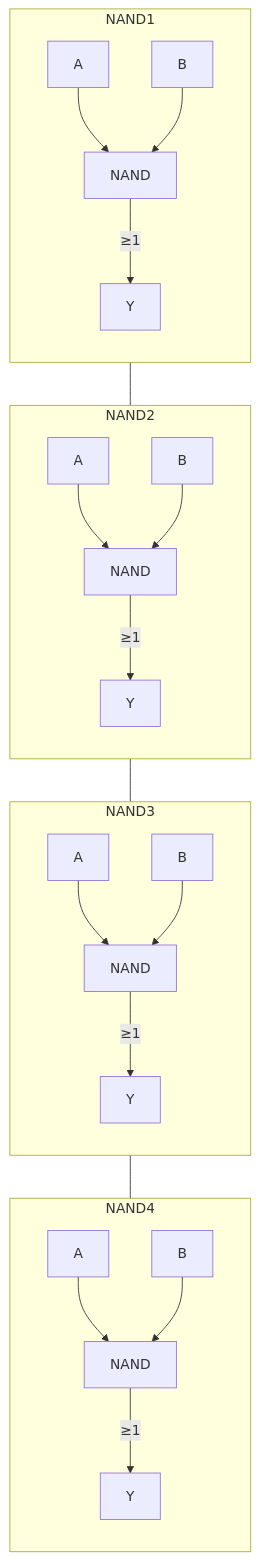
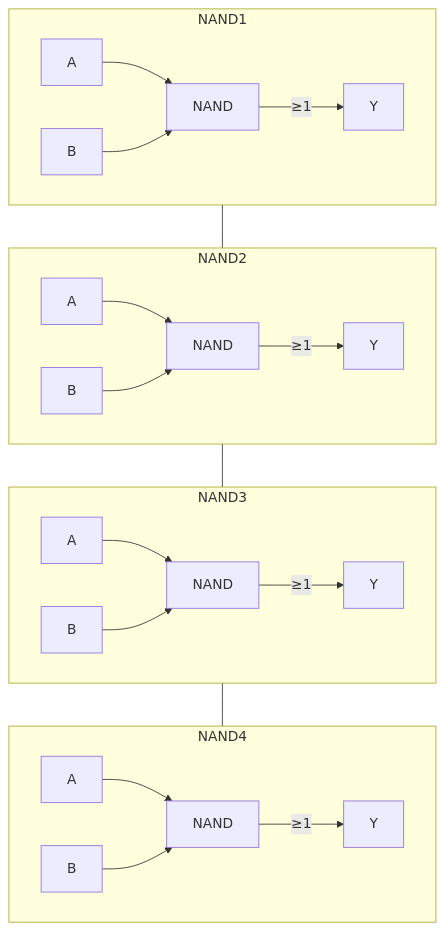
The second of 5 diagrams in Components/discrete/Transistors/kit/HomeDepot/BlockDiagrams/README.md (setrar/microelectronics), drawn with Mermaid before and after one commit.

Commit message:
Clean up NAND subgraphs in README.md
Removed redundant 'direction TD' lines from NAND subgraphs.

````diff
--- a/Components/discrete/Transistors/kit/HomeDepot/BlockDiagrams/README.md
+++ b/Components/discrete/Transistors/kit/HomeDepot/BlockDiagrams/README.md
@@ -18,37 +18,33 @@
 ```mermaid
 flowchart TD
     %% NAND 1
     subgraph NAND1
-        direction TD
         A1[A] --> N1[NAND]
         B1[B] --> N1
         N1 -- "≥1" --> Y1[Y]
     end
 
     %% NAND 2
     subgraph NAND2
-        direction TD
         A2[A] --> N2[NAND]
         B2[B] --> N2
         N2 -- "≥1" --> Y2[Y]
     end
 
     %% NAND 3
     subgraph NAND3
-        direction TD
         A3[A] --> N3[NAND]
         B3[B] --> N3
         N3 -- "≥1" --> Y3[Y]
     end
 
     %% NAND 4
     subgraph NAND4
-        direction TD
         A4[A] --> N4[NAND]
         B4[B] --> N4
         N4 -- "≥1" --> Y4[Y]
     end
 
     %% Arrange subgraphs horizontally
     NAND1 --- NAND2 --- NAND3 --- NAND4
 ```
````
